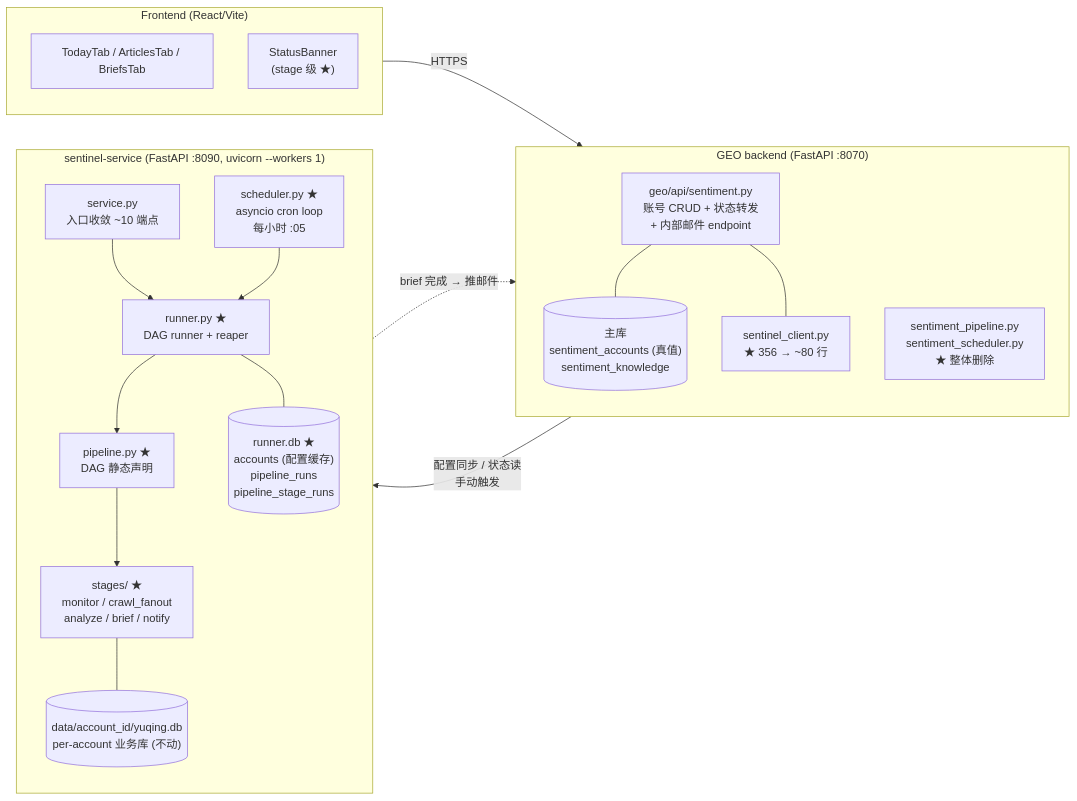
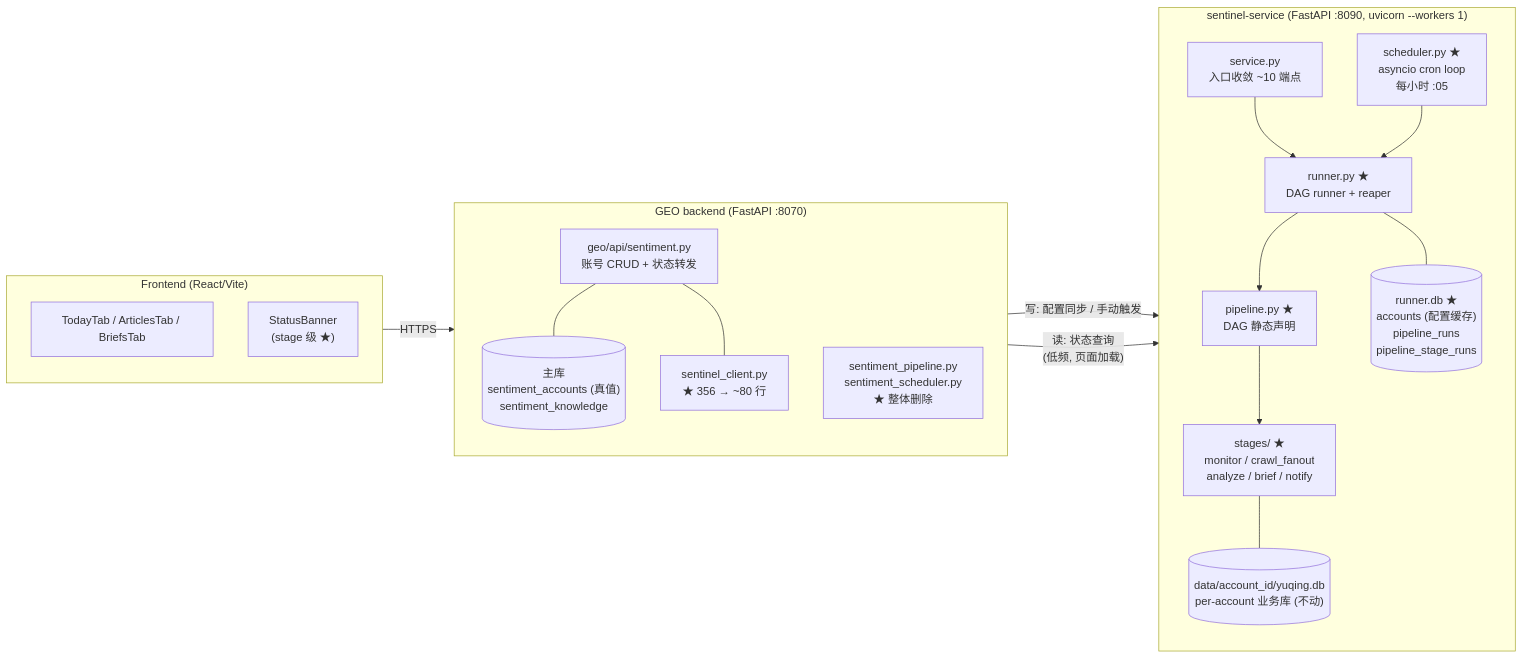
One commit to sr007-cxy/Vigilath changed the first of 5 diagrams in services/sentinel-service/docs/sentiment-architecture-v2.md. Above: the diagram before and after it, drawn with Mermaid. The commit also changed other lines of this file, not shown here.

First line of the commit message:
docs(sentiment): v2 架构去掉邮件通道 + FE 不实时显示任务状态

````diff
--- a/services/sentinel-service/docs/sentiment-architecture-v2.md
+++ b/services/sentinel-service/docs/sentiment-architecture-v2.md
@@ -53,39 +53,39 @@
 ```mermaid
 flowchart LR
     subgraph FE["Frontend (React/Vite)"]
         direction TB
         FE_tabs["TodayTab / ArticlesTab / BriefsTab"]
         FE_status["StatusBanner<br/>(stage 级 ★)"]
     end
 
     subgraph BE["GEO backend (FastAPI :8070)"]
         direction TB
-        BE_api["geo/api/sentiment.py<br/>账号 CRUD + 状态转发<br/>+ 内部邮件 endpoint"]
+        BE_api["geo/api/sentiment.py<br/>账号 CRUD + 状态转发"]
         BE_client["sentinel_client.py<br/>★ 356 → ~80 行"]
         BE_del["sentiment_pipeline.py<br/>sentiment_scheduler.py<br/>★ 整体删除"]
         BE_db[("主库<br/>sentiment_accounts (真值)<br/>sentiment_knowledge")]
     end
 
     subgraph SEN["sentinel-service (FastAPI :8090, uvicorn --workers 1)"]
         direction TB
         SEN_svc["service.py<br/>入口收敛 ~10 端点"]
         SEN_sched["scheduler.py ★<br/>asyncio cron loop<br/>每小时 :05"]
         SEN_runner["runner.py ★<br/>DAG runner + reaper"]
         SEN_pipe["pipeline.py ★<br/>DAG 静态声明"]
         SEN_stages["stages/ ★<br/>monitor / crawl_fanout<br/>analyze / brief / notify"]
         SEN_biz_db[("data/account_id/yuqing.db<br/>per-account 业务库 (不动)")]
         SEN_run_db[("runner.db ★<br/>accounts (配置缓存)<br/>pipeline_runs<br/>pipeline_stage_runs")]
     end
 
     FE -- HTTPS --> BE_api
     BE_api --- BE_db
     BE_api --- BE_client
-    BE_client -->|"配置同步 / 状态读<br/>手动触发"| SEN_svc
+    BE_client -->|"写: 配置同步 / 手动触发"| SEN_svc
+    BE_client -->|"读: 状态查询<br/>(低频, 页面加载)"| SEN_svc
     SEN_svc --> SEN_runner
     SEN_sched --> SEN_runner
     SEN_runner --> SEN_pipe
     SEN_pipe --> SEN_stages
     SEN_runner --- SEN_run_db
     SEN_stages --- SEN_biz_db
-    SEN_stages -. "brief 完成 → 推邮件" .-> BE_api
 ```
````
